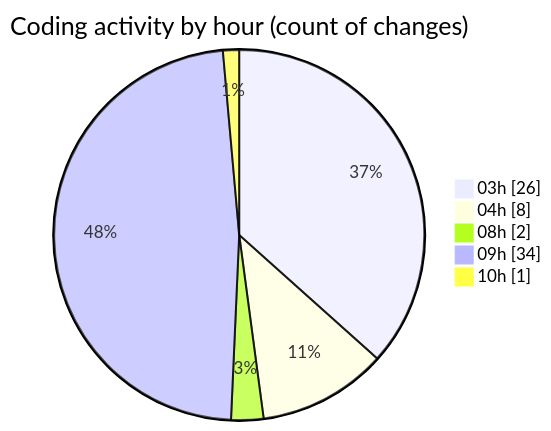
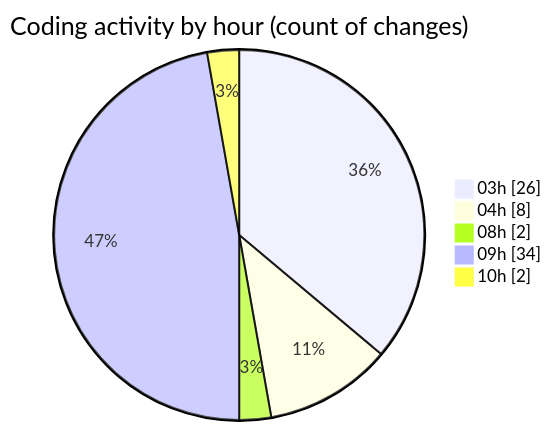
The second of 2 diagrams in 2025-06-20/modeljsondesigner/README.md (JenPaints/code-tracking), drawn with Mermaid before and after one commit. The commit also changed other lines of this file and 1 other file, not shown here.

````diff
--- a/2025-06-20/modeljsondesigner/README.md
+++ b/2025-06-20/modeljsondesigner/README.md
@@ -47,9 +47,9 @@
 ```mermaid
 pie showData
 title Coding activity by hour (count of changes)
 "03h" : 26
 "04h" : 8
 "08h" : 2
 "09h" : 34
-"10h" : 1
+"10h" : 2
 ```
````
